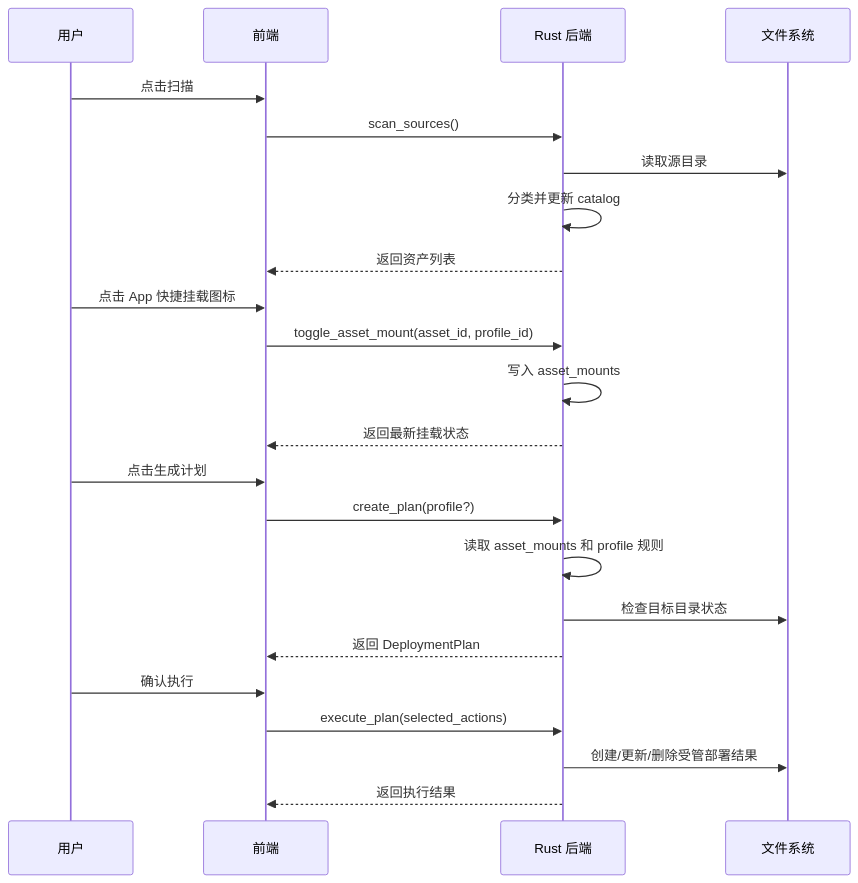
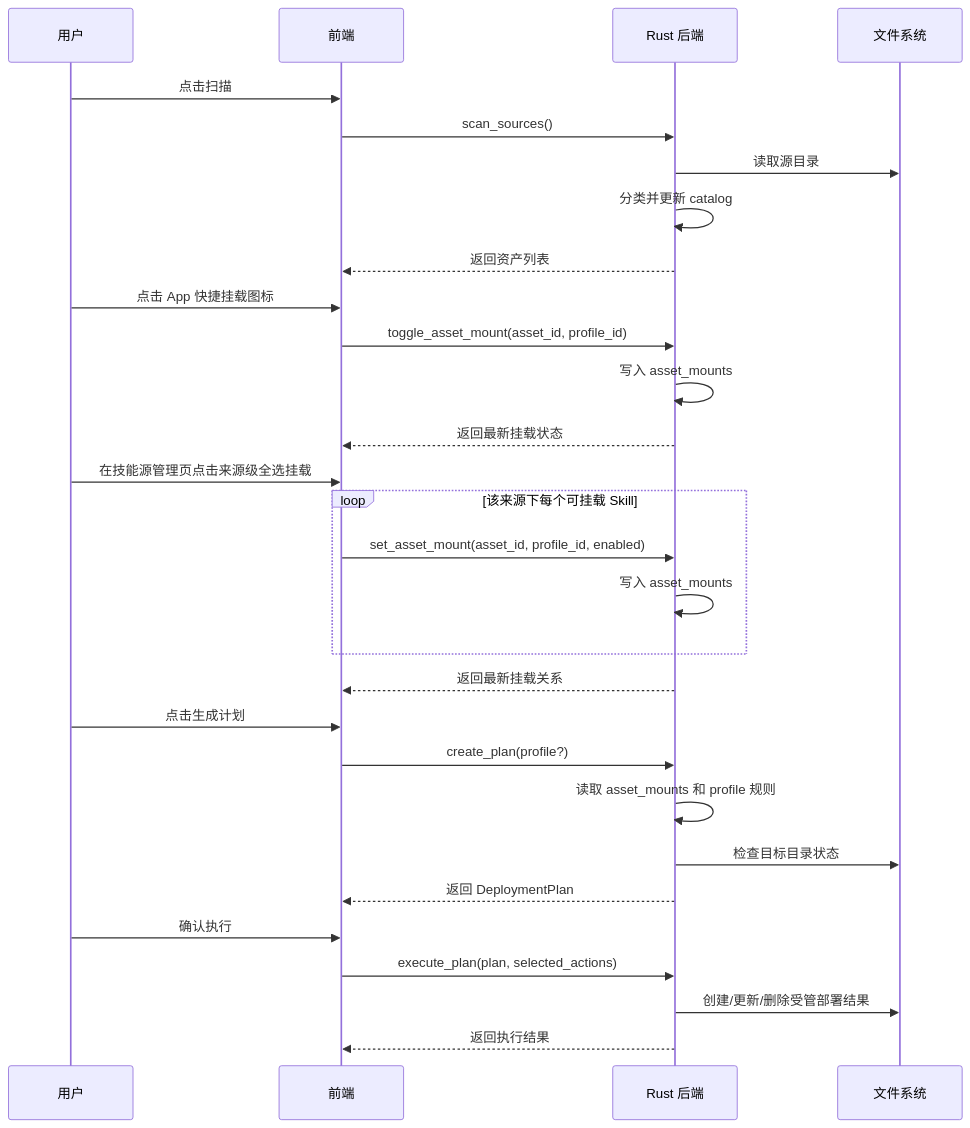
Before and after one commit to util6/assetiweave: the second of 2 diagrams in specs/design.md, drawn with Mermaid. The commit also changed other lines of this file and 2 other files, not shown here.

````diff
--- a/specs/design.md
+++ b/specs/design.md
@@ -497,29 +521,36 @@
 ```mermaid
 sequenceDiagram
     participant U as 用户
     participant UI as 前端
     participant Core as Rust 后端
     participant FS as 文件系统
 
     U->>UI: 点击扫描
     UI->>Core: scan_sources()
     Core->>FS: 读取源目录
     Core->>Core: 分类并更新 catalog
     Core-->>UI: 返回资产列表
 
     U->>UI: 点击 App 快捷挂载图标
     UI->>Core: toggle_asset_mount(asset_id, profile_id)
     Core->>Core: 写入 asset_mounts
     Core-->>UI: 返回最新挂载状态
 
+    U->>UI: 在技能源管理页点击来源级全选挂载
+    loop 该来源下每个可挂载 Skill
+        UI->>Core: set_asset_mount(asset_id, profile_id, enabled)
+        Core->>Core: 写入 asset_mounts
+    end
+    Core-->>UI: 返回最新挂载关系
+
     U->>UI: 点击生成计划
     UI->>Core: create_plan(profile?)
     Core->>Core: 读取 asset_mounts 和 profile 规则
     Core->>FS: 检查目标目录状态
     Core-->>UI: 返回 DeploymentPlan
 
     U->>UI: 确认执行
-    UI->>Core: execute_plan(selected_actions)
+    UI->>Core: execute_plan(plan, selected_actions)
     Core->>FS: 创建/更新/删除受管部署结果
     Core-->>UI: 返回执行结果
 ```
````
